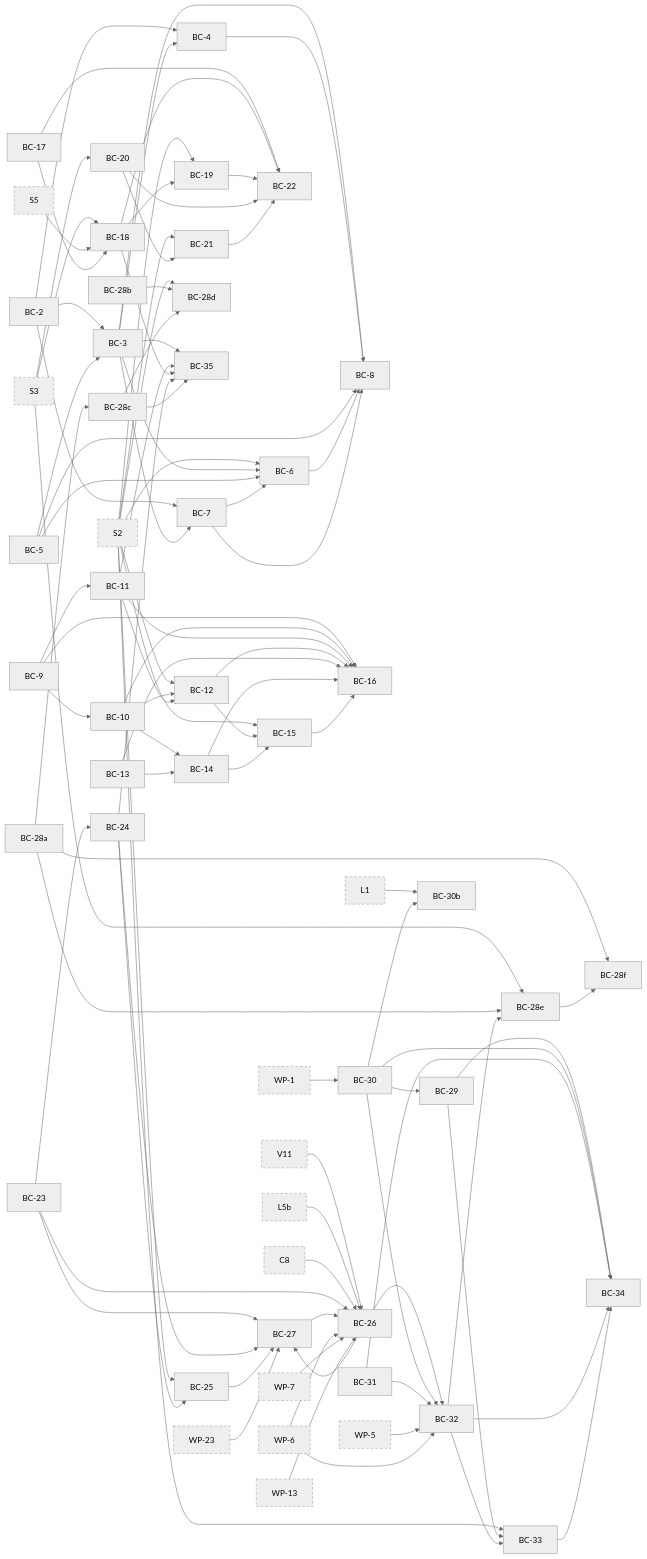
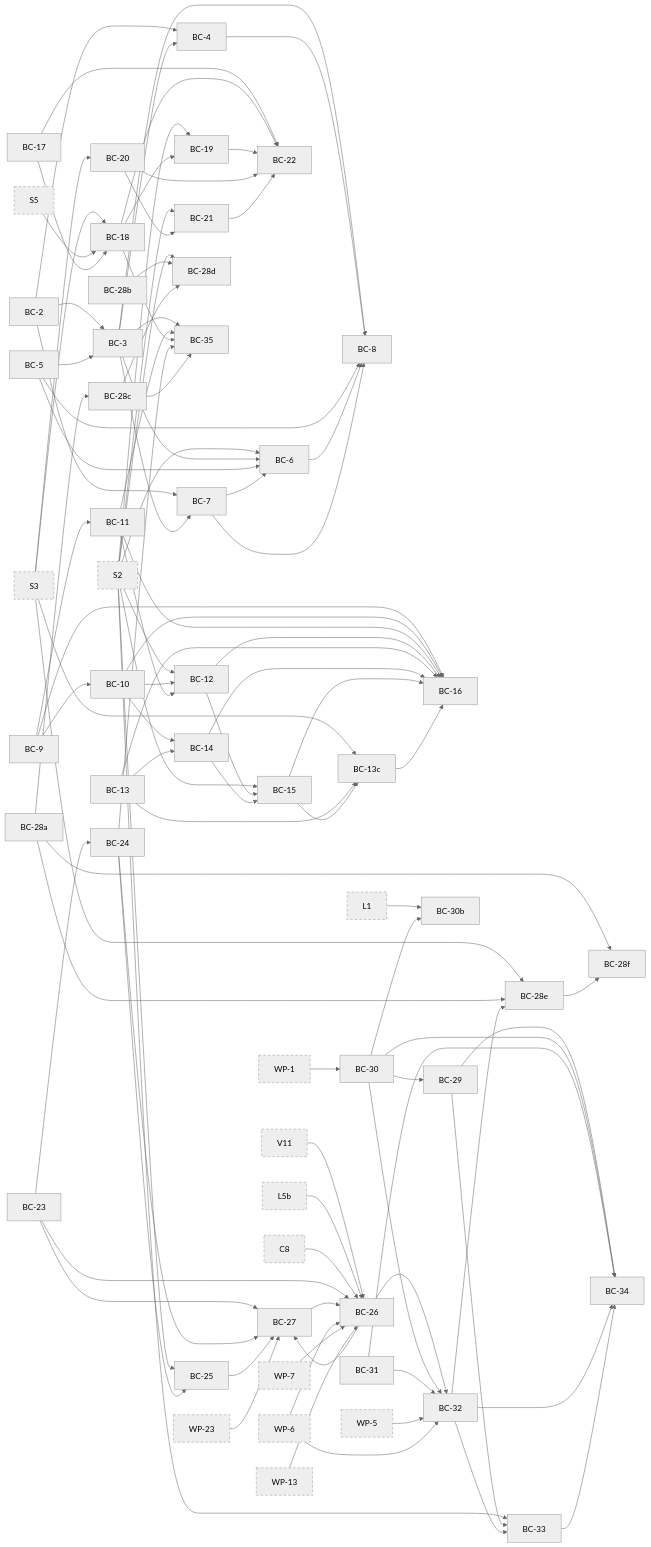
One commit to jhoblitt/rgw-go changed the seventh of 10 diagrams in docs/superpowers/plans/2026-10-13-phase-2/dependencies.md. Above: the diagram before and after it, drawn with Mermaid (neutral theme). The commit also changed other lines of this file and 1 other file, not shown here.

```diff
--- a/docs/superpowers/plans/2026-10-13-phase-2/dependencies.md
+++ b/docs/superpowers/plans/2026-10-13-phase-2/dependencies.md
@@ -558,6 +558,7 @@
   t_BC_13["BC-13"]
   t_BC_14["BC-14"]
   t_BC_15["BC-15"]
+  t_BC_13c["BC-13c"]
   t_BC_16["BC-16"]
   t_BC_17["BC-17"]
   t_BC_18["BC-18"]
@@ -622,6 +623,9 @@
   t_S2 --> t_BC_15
   t_BC_12 --> t_BC_15
   t_BC_14 --> t_BC_15
+  t_S3 --> t_BC_13c
+  t_BC_13 --> t_BC_13c
+  t_BC_15 --> t_BC_13c
   t_BC_9 --> t_BC_16
   t_BC_10 --> t_BC_16
   t_BC_11 --> t_BC_16
@@ -629,6 +633,7 @@
   t_BC_13 --> t_BC_16
   t_BC_14 --> t_BC_16
   t_BC_15 --> t_BC_16
+  t_BC_13c --> t_BC_16
   t_S3 --> t_BC_18
   t_S5 --> t_BC_18
   t_BC_17 --> t_BC_18
@@ -703,6 +708,7 @@
   click t_BC_13 href "https://github.com/jhoblitt/rgw-go/blob/main/docs/superpowers/plans/2026-10-13-phase-2/B-bucket-config.md#task-bc-13-website-requests" "BC-13: Website requests"
   click t_BC_14 href "https://github.com/jhoblitt/rgw-go/blob/main/docs/superpowers/plans/2026-10-13-phase-2/B-bucket-config.md#task-bc-14-website-retarget" "BC-14: Website retarget"
   click t_BC_15 href "https://github.com/jhoblitt/rgw-go/blob/main/docs/superpowers/plans/2026-10-13-phase-2/B-bucket-config.md#task-bc-15-website-serving-and-errors" "BC-15: Website serving and errors"
+  click t_BC_13c href "https://github.com/jhoblitt/rgw-go/blob/main/docs/superpowers/plans/2026-10-13-phase-2/B-bucket-config.md#task-bc-13c-website-wiring" "BC-13c: Website wiring"
   click t_BC_16 href "https://github.com/jhoblitt/rgw-go/blob/main/docs/superpowers/plans/2026-10-13-phase-2/B-bucket-config.md#task-bc-16-website-gate" "BC-16: Website gate"
   click t_BC_17 href "https://github.com/jhoblitt/rgw-go/blob/main/docs/superpowers/plans/2026-10-13-phase-2/B-bucket-config.md#task-bc-17-block-xml" "BC-17: Block XML"
   click t_BC_18 href "https://github.com/jhoblitt/rgw-go/blob/main/docs/superpowers/plans/2026-10-13-phase-2/B-bucket-config.md#task-bc-18-block-ops" "BC-18: Block ops"
```
